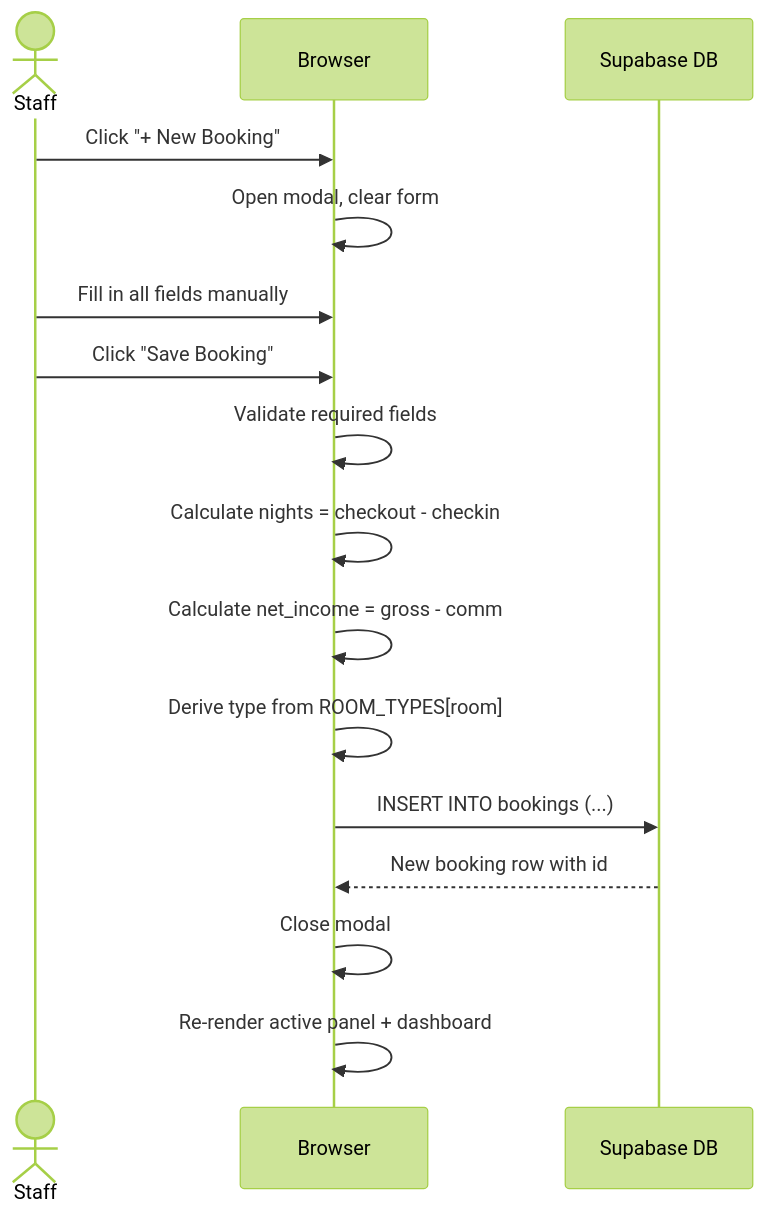
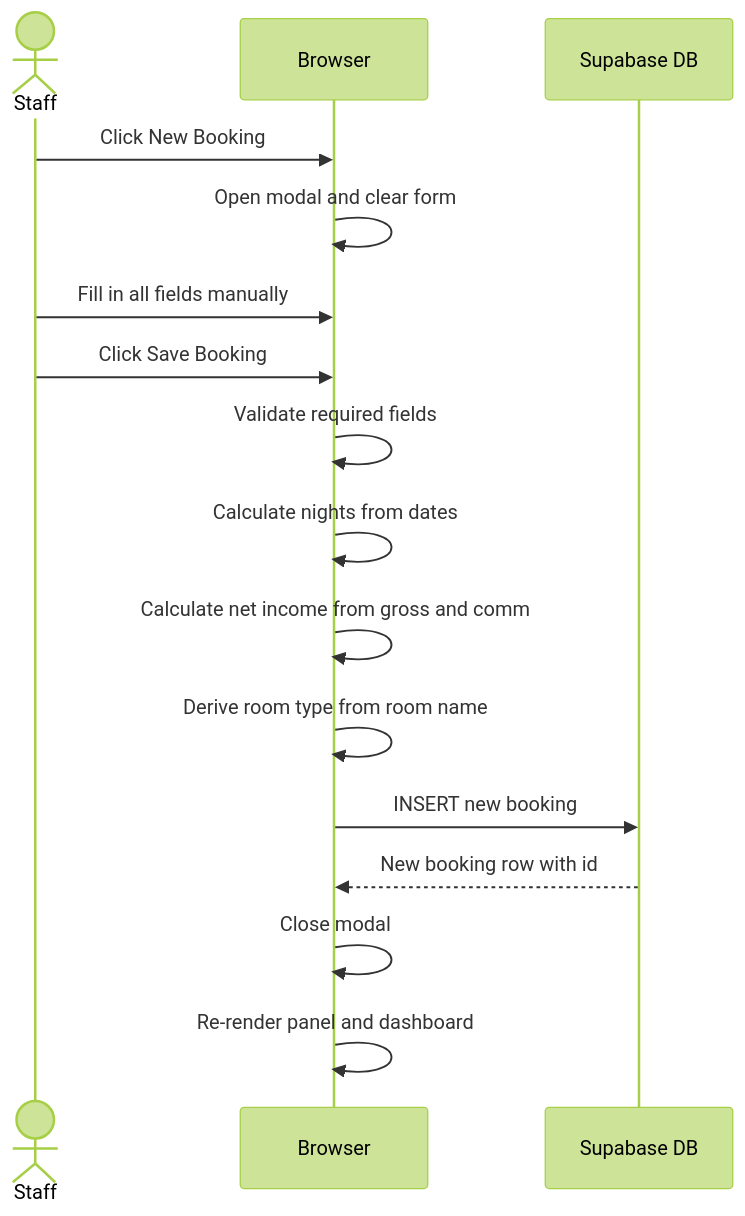
The fifth of 13 diagrams in PLANNING.md (wongjinar-ai/expample), drawn with Mermaid (forest theme) before and after one commit. The commit also changed other lines of this file, not shown here.

Commit message:
Fix Mermaid diagram syntax for broad renderer compatibility

````diff
--- a/PLANNING.md
+++ b/PLANNING.md
@@ -291,23 +291,19 @@
 ```mermaid
 sequenceDiagram
     actor Staff
     participant Browser
     participant Supabase as Supabase DB
 
-    Staff->>Browser: Click "+ New Booking"
-    Browser->>Browser: Open modal, clear form
-
+    Staff->>Browser: Click New Booking
+    Browser->>Browser: Open modal and clear form
     Staff->>Browser: Fill in all fields manually
-    Staff->>Browser: Click "Save Booking"
-
+    Staff->>Browser: Click Save Booking
     Browser->>Browser: Validate required fields
-    Browser->>Browser: Calculate nights = checkout - checkin
-    Browser->>Browser: Calculate net_income = gross - comm
-    Browser->>Browser: Derive type from ROOM_TYPES[room]
-
-    Browser->>Supabase: INSERT INTO bookings (...)
+    Browser->>Browser: Calculate nights from dates
+    Browser->>Browser: Calculate net income from gross and comm
+    Browser->>Browser: Derive room type from room name
+    Browser->>Supabase: INSERT new booking
     Supabase-->>Browser: New booking row with id
-
     Browser->>Browser: Close modal
-    Browser->>Browser: Re-render active panel + dashboard
+    Browser->>Browser: Re-render panel and dashboard
 ```
````
